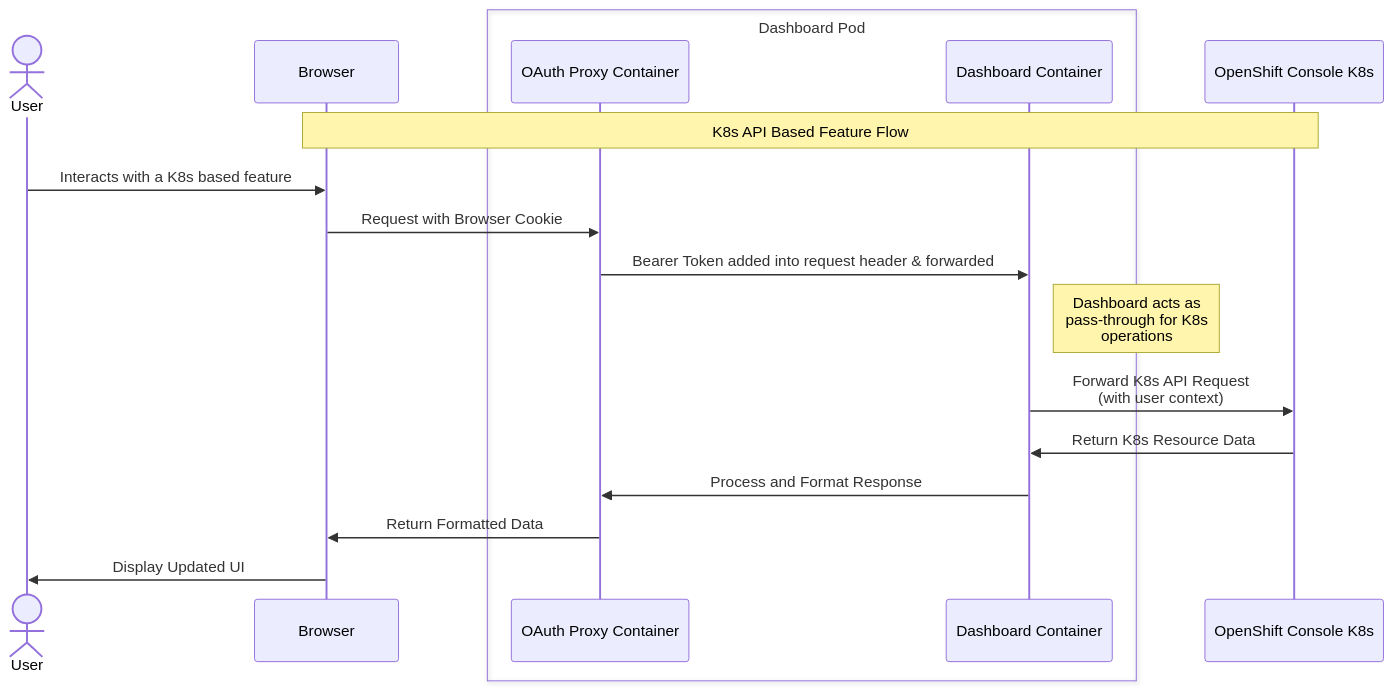
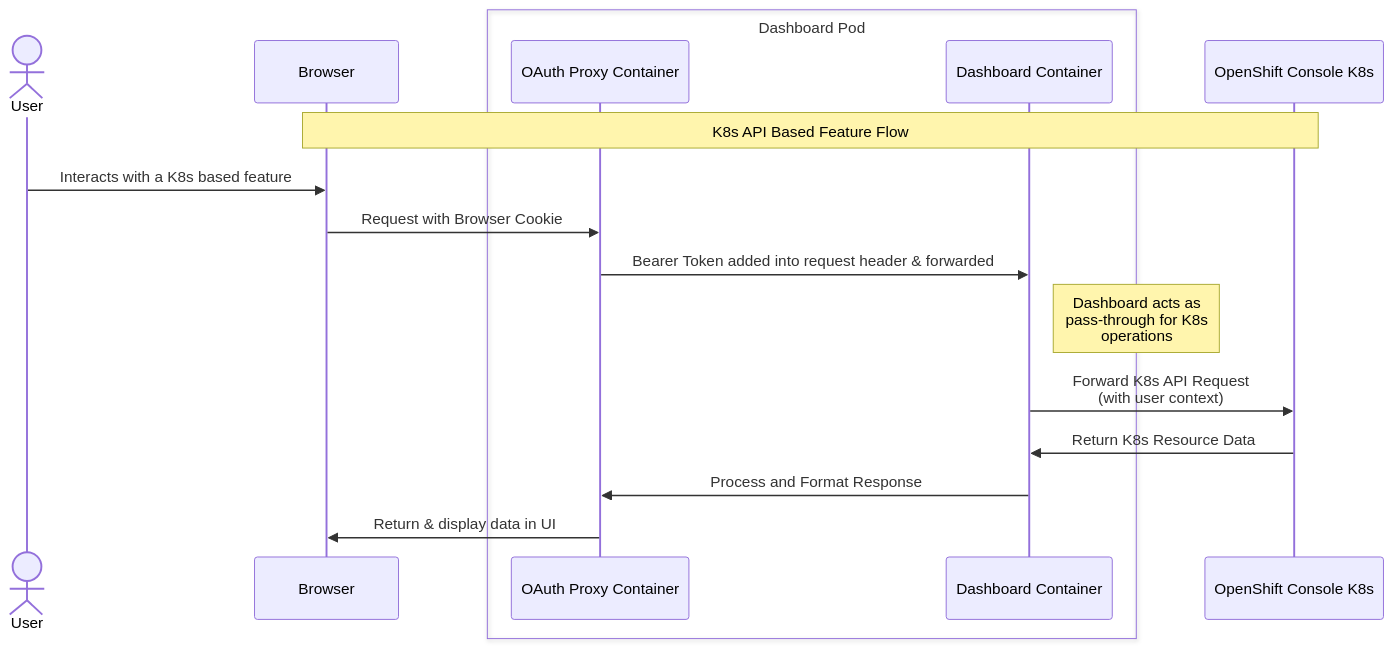
The third of 4 diagrams in documentation/components/dashboard/README.md (opendatahub-io/architecture-decision-records), drawn with Mermaid before and after one commit.

Commit message:
Update documentation/components/dashboard/README.md
:robots:

````diff
--- a/documentation/components/dashboard/README.md
+++ b/documentation/components/dashboard/README.md
@@ -88,24 +88,23 @@
 ```mermaid
 sequenceDiagram
     actor User
     participant Browser
     box Dashboard Pod
     participant OAuthProxy as OAuth Proxy Container
     participant Dashboard as Dashboard Container
     end
     participant OpenShift as OpenShift Console K8s
 
     Note over Browser,OpenShift: K8s API Based Feature Flow
     
     User->>Browser: Interacts with a K8s based feature
     Browser->>OAuthProxy: Request with Browser Cookie
     OAuthProxy->>Dashboard: Bearer Token added into request header & forwarded
     
     Note right of Dashboard: Dashboard acts as<br/>pass-through for K8s<br/>operations
     
     Dashboard->>OpenShift: Forward K8s API Request<br/>(with user context)
     OpenShift->>Dashboard: Return K8s Resource Data
     Dashboard->>OAuthProxy: Process and Format Response
-    OAuthProxy->>Browser: Return Formatted Data
-    Browser->>User: Display Updated UI
+    OAuthProxy->>Browser: Return & display data in UI
 ```
````
